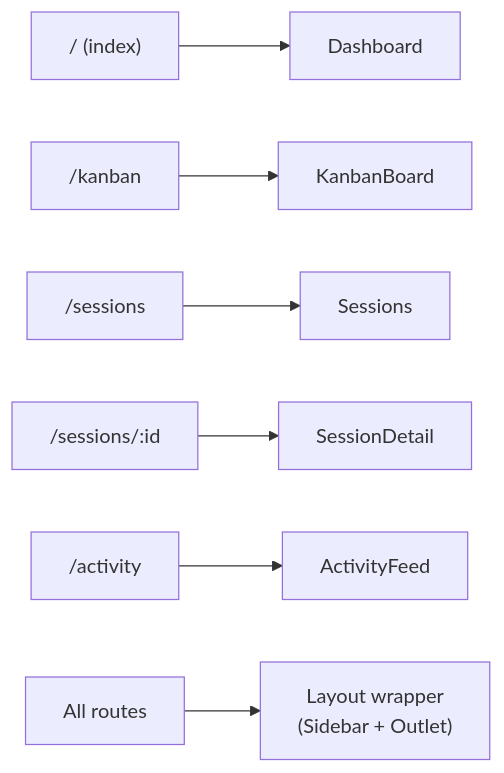
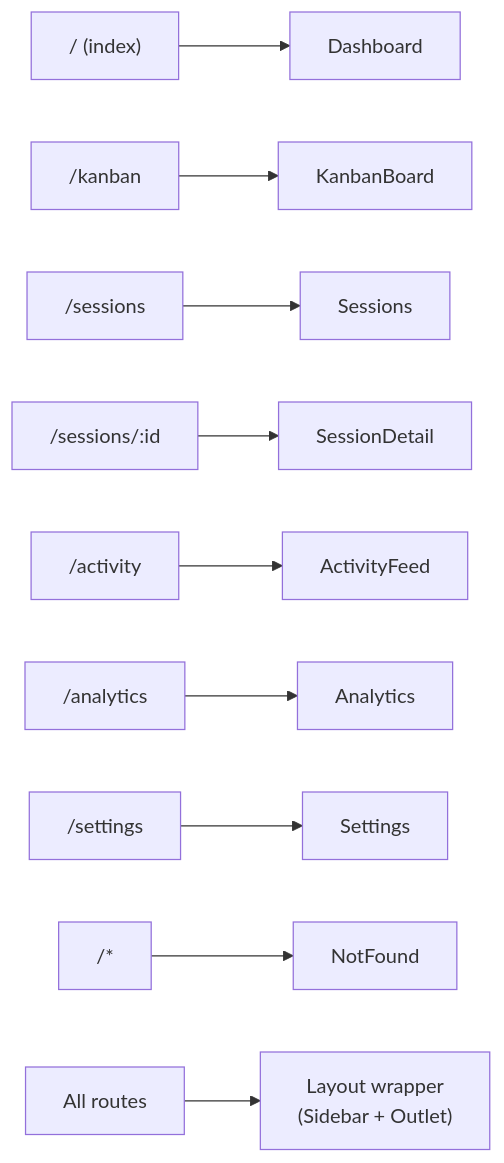
Before and after one commit to mirkanu/gsd-dashboard: the ninth of 21 diagrams in ARCHITECTURE.md, drawn with Mermaid. The commit also changed other lines of this file and 1 other file, not shown here.

First line of the commit message:
docs: add notifications coverage, ToC, and missing features to README and ARCHITECTURE

````diff
--- a/ARCHITECTURE.md
+++ b/ARCHITECTURE.md
@@ -383,10 +390,13 @@
 ```mermaid
 graph LR
     ROOT["/ (index)"] --> DASH[Dashboard]
     KANBAN_R["/kanban"] --> KANBAN[KanbanBoard]
     SESS_R["/sessions"] --> SESS[Sessions]
     DETAIL_R["/sessions/:id"] --> DETAIL[SessionDetail]
     ACT_R["/activity"] --> ACT[ActivityFeed]
+    AN_R["/analytics"] --> AN[Analytics]
+    SET_R["/settings"] --> SET[Settings]
+    NF_R["/*"] --> NF[NotFound]
 
     ALL["All routes"] --> LAYOUT["Layout wrapper<br/>(Sidebar + Outlet)"]
 ```
````
